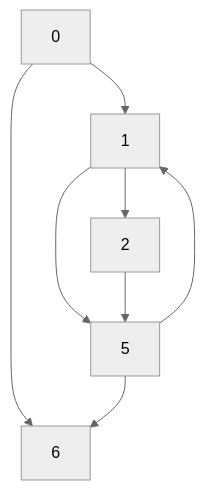
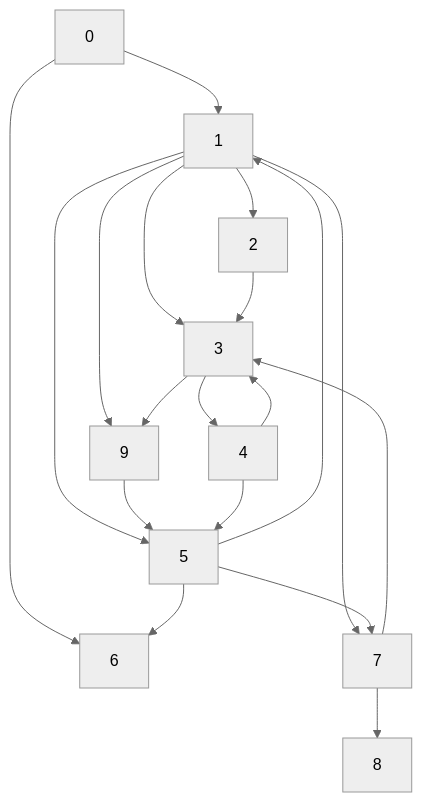
One commit to avishek-sen-gupta/cobol-rekt changed the second of 2 diagrams in README.md. Above: the diagram before and after it, drawn with Mermaid (neutral theme). The commit also changed other lines of this file and 5 other files, not shown here.

Commit message:
Don't re-add any edges while collapsing if the node being collapsed is the loop header, because loop header is never collapsed. Fixing DFS test for irreducible graph by setting up the required order as in the example

````diff
--- a/README.md
+++ b/README.md
@@ -855,15 +891,31 @@
 ```mermaid
 flowchart TD
 0["0"]
 6["6"]
 1["1"]
 2["2"]
+7["7"]
+3["3"]
+8["8"]
+9["9"]
+4["4"]
 5["5"]
 0["0"] --> 1["1"]
+0["0"] --> 6["6"]
 1["1"] --> 2["2"]
+1["1"] --> 7["7"]
+1["1"] --> 3["3"]
+1["1"] --> 9["9"]
 1["1"] --> 5["5"]
-0["0"] --> 6["6"]
+7["7"] --> 3["3"]
+3["3"] --> 9["9"]
+9["9"] --> 5["5"]
+7["7"] --> 8["8"]
+3["3"] --> 4["4"]
+4["4"] --> 3["3"]
+5["5"] --> 7["7"]
+5["5"] --> 6["6"]
 5["5"] --> 1["1"]
-5["5"] --> 6["6"]
-2["2"] --> 5["5"]
+2["2"] --> 3["3"]
+4["4"] --> 5["5"]
 ```
````
